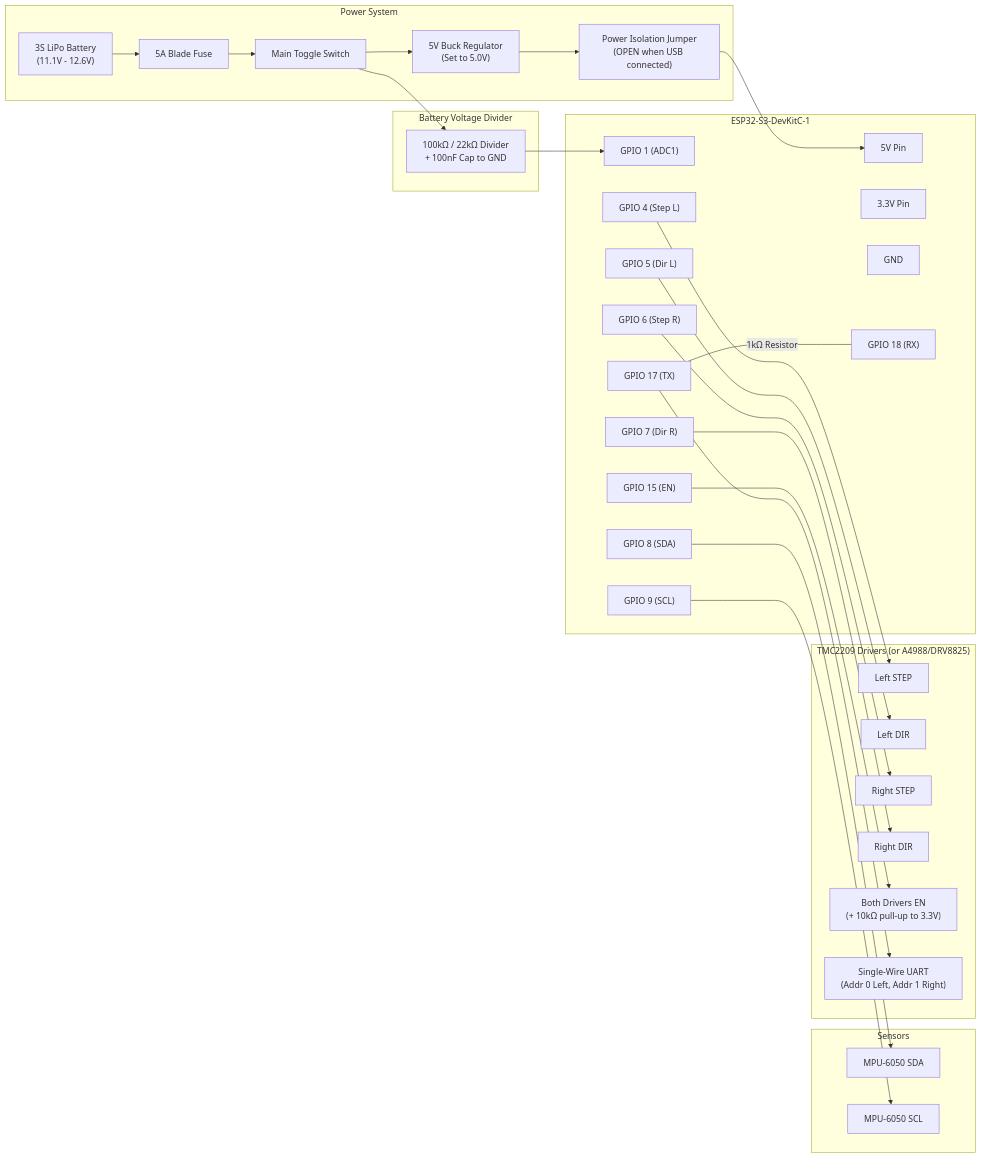
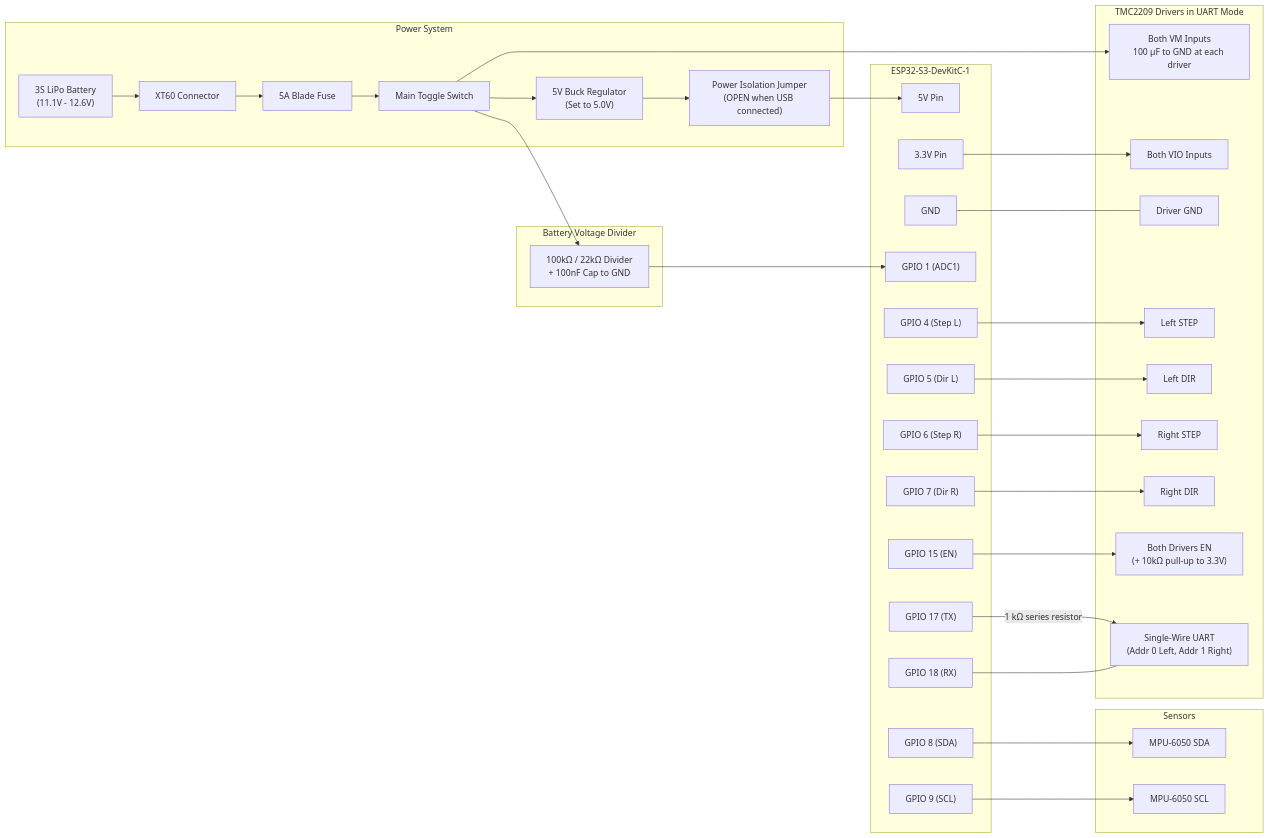
One commit to MohammedAlkindi/ieee-balance-bot changed the second of 4 diagrams in README.md. Above: the diagram before and after it, drawn with Mermaid. The commit also changed other lines of this file and 5 other files, not shown here.

````diff
--- a/README.md
+++ b/README.md
@@ -85,58 +114,65 @@
 ```mermaid
 graph LR
     subgraph Power["Power System"]
         Pack["3S LiPo Battery\n(11.1V - 12.6V)"]
+        XT60["XT60 Connector"]
         Fuse["5A Blade Fuse"]
         Switch["Main Toggle Switch"]
         Buck["5V Buck Regulator\n(Set to 5.0V)"]
         Jumper["Power Isolation Jumper\n(OPEN when USB connected)"]
-        Pack --> Fuse --> Switch
+        Pack --> XT60 --> Fuse --> Switch
         Switch --> Buck --> Jumper
     end
 
     subgraph MCU["ESP32-S3-DevKitC-1"]
         ESP_5V["5V Pin"]
         ESP_3V3["3.3V Pin"]
         ESP_GND["GND"]
         GPIO1["GPIO 1 (ADC1)"]
         GPIO4["GPIO 4 (Step L)"]
         GPIO5["GPIO 5 (Dir L)"]
         GPIO6["GPIO 6 (Step R)"]
         GPIO7["GPIO 7 (Dir R)"]
         GPIO8["GPIO 8 (SDA)"]
         GPIO9["GPIO 9 (SCL)"]
         GPIO15["GPIO 15 (EN)"]
         GPIO17["GPIO 17 (TX)"]
         GPIO18["GPIO 18 (RX)"]
     end
 
     subgraph Sensors["Sensors"]
         IMU_SDA["MPU-6050 SDA"]
         IMU_SCL["MPU-6050 SCL"]
     end
 
-    subgraph Drivers["TMC2209 Drivers (or A4988/DRV8825)"]
+    subgraph Drivers["TMC2209 Drivers in UART Mode"]
+        VM["Both VM Inputs\n100 µF to GND at each driver"]
+        VIO["Both VIO Inputs"]
+        DriverGround["Driver GND"]
         L_STEP["Left STEP"]
         L_DIR["Left DIR"]
         R_STEP["Right STEP"]
         R_DIR["Right DIR"]
         M_EN["Both Drivers EN\n(+ 10kΩ pull-up to 3.3V)"]
         UART_BUS["Single-Wire UART\n(Addr 0 Left, Addr 1 Right)"]
     end
 
     subgraph BatSense["Battery Voltage Divider"]
         DIV["100kΩ / 22kΩ Divider\n+ 100nF Cap to GND"]
     end
 
     Jumper --> ESP_5V
+    Switch --> VM
     Switch --> DIV --> GPIO1
+    ESP_3V3 --> VIO
+    ESP_GND --- DriverGround
     GPIO8 --> IMU_SDA
     GPIO9 --> IMU_SCL
     GPIO4 --> L_STEP
     GPIO5 --> L_DIR
     GPIO6 --> R_STEP
     GPIO7 --> R_DIR
     GPIO15 --> M_EN
-    GPIO17 --> UART_BUS
-    GPIO17 ---|1kΩ Resistor| GPIO18
+    GPIO17 -->|1 kΩ series resistor| UART_BUS
+    GPIO18 --- UART_BUS
 ```
````
